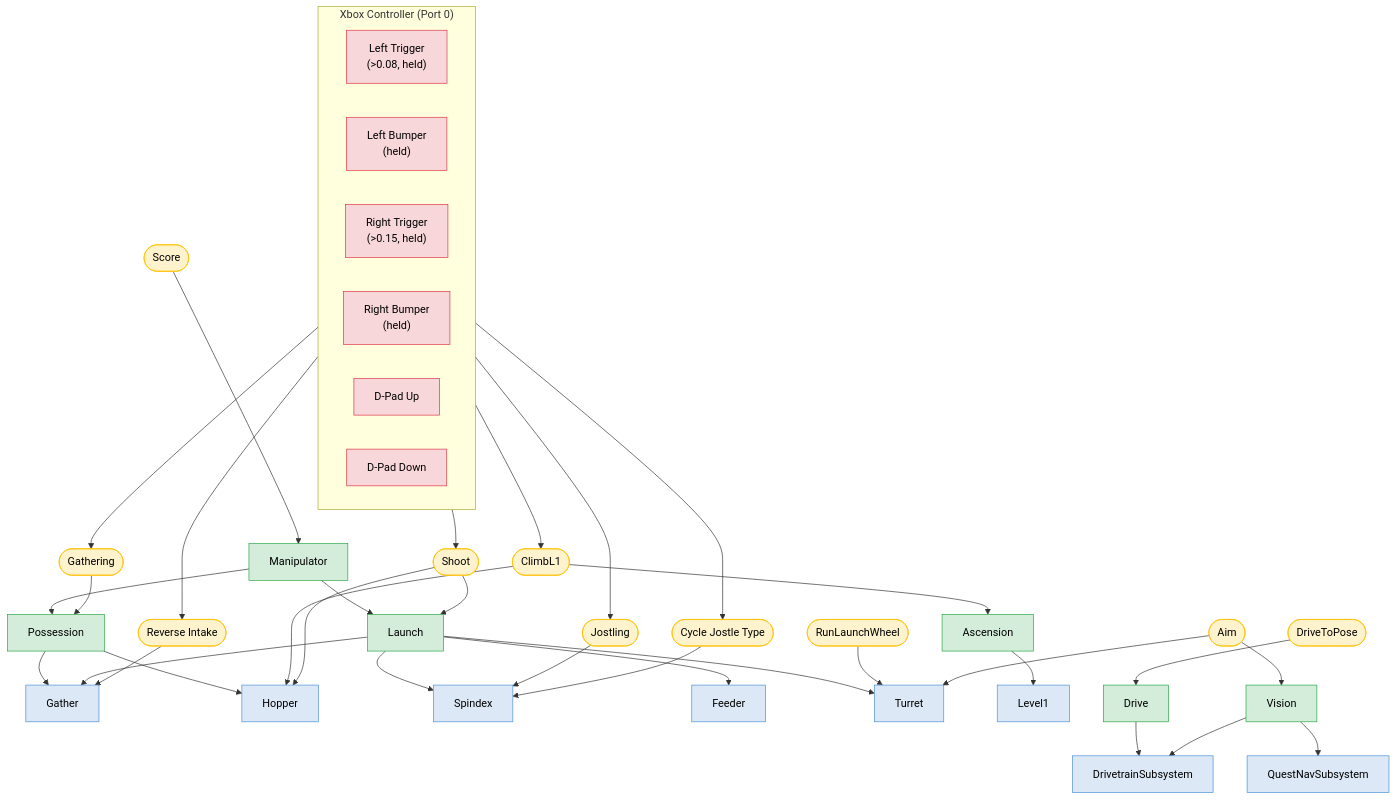
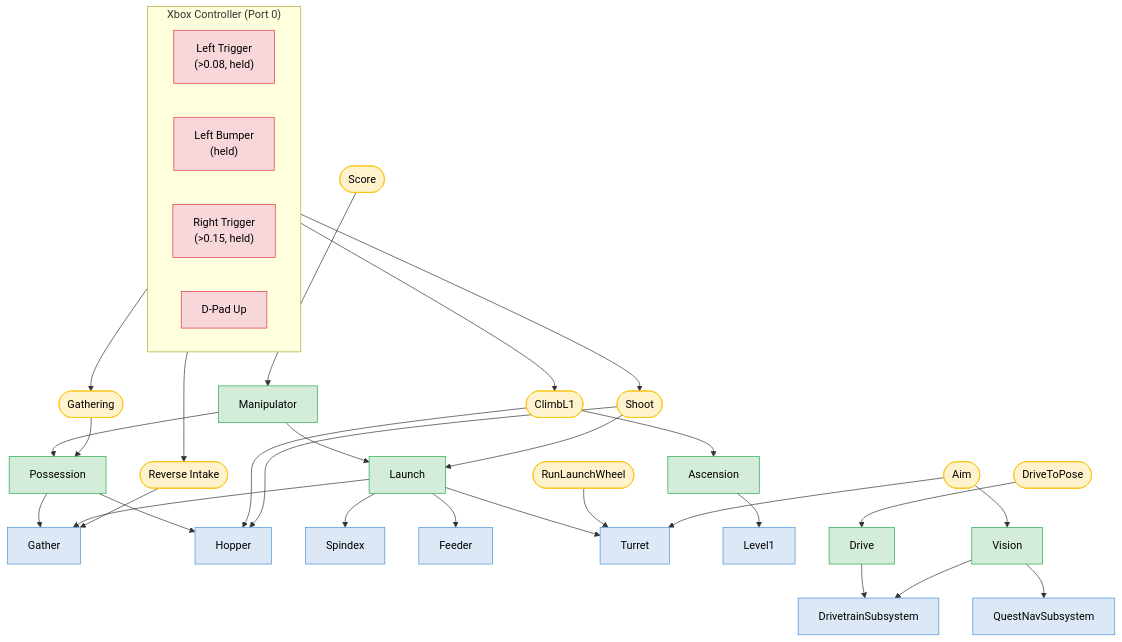
Before and after one commit to Team801Horsepower/robot-code-2026: the diagram in hierarchy.mmd, drawn with Mermaid. The commit also changed 8 other files, not shown here.

```diff
--- a/hierarchy.mmd
+++ b/hierarchy.mmd
@@ -1,90 +1,82 @@
 %%{init: {"theme": "default"}}%%
 graph TD
 
   subgraph Ctrl ["Xbox Controller (Port 0)"]
     direction LR
     LT["Left Trigger\n(>0.08, held)"]
     LB["Left Bumper\n(held)"]
     RT["Right Trigger\n(>0.15, held)"]
-    RB["Right Bumper\n(held)"]
     DPU["D-Pad Up"]
-    DPD["D-Pad Down"]
   end
 
   %% ── Leaf Subsystems ───────────────────────────────────────────
   DT[DrivetrainSubsystem]
   QN[QuestNavSubsystem]
   Gather[Gather]
   Hopper[Hopper]
   Spindex[Spindex]
   Feeder[Feeder]
   Turret[Turret]
   Level1[Level1]
 
   %% ── Composite Subsystems ──────────────────────────────────────
   Drive[Drive]
   Possession[Possession]
   Launch[Launch]
   Ascension[Ascension]
   Manipulator[Manipulator]
   Vision[Vision]
 
   %% ── Commands ──────────────────────────────────────────────────
   DriveToPose([DriveToPose])
   RunLaunchWheel([RunLaunchWheel])
   ClimbL1Cmd([ClimbL1])
   Gathering([Gathering])
   Shoot([Shoot])
-  Jostling([Jostling])
   AimCmd([Aim])
   Score([Score])
   ReverseIntake([Reverse Intake])
-  CycleJostle([Cycle Jostle Type])
 
   %% ── Button → Command ──────────────────────────────────────────
   LT --> Gathering
   LB --> ReverseIntake
   RT --> Shoot
-  RB --> Jostling
   DPU --> ClimbL1Cmd
-  DPD --> CycleJostle
 
   %% ── Composite → Leaf composition ─────────────────────────────
   Drive --> DT
   Vision --> QN
   Vision --> DT
   Possession --> Hopper
   Possession --> Gather
   Launch --> Spindex
   Launch --> Feeder
   Launch --> Turret
   Launch --> Gather
   Ascension --> Level1
   Manipulator --> Possession
   Manipulator --> Launch
 
   %% ── Commands → Subsystem requirements ────────────────────────
   DriveToPose --> Drive
   RunLaunchWheel --> Turret
   ClimbL1Cmd --> Hopper
   ClimbL1Cmd --> Ascension
   Gathering --> Possession
   Shoot --> Launch
   Shoot --> Hopper
-  Jostling --> Spindex
   AimCmd --> Vision
   AimCmd --> Turret
   Score --> Manipulator
   ReverseIntake --> Gather
-  CycleJostle --> Spindex
 
   %% ── Styling ───────────────────────────────────────────────────
   classDef leaf      fill:#dce8f5,stroke:#4a90d9,color:#000;
   classDef composite fill:#d4edda,stroke:#28a745,color:#000;
   classDef command   fill:#fff3cd,stroke:#ffc107,color:#000;
   classDef button    fill:#f8d7da,stroke:#dc3545,color:#000;
 
   class DT,QN,Gather,Hopper,Spindex,Feeder,Turret,Level1 leaf;
   class Drive,Possession,Launch,Ascension,Manipulator,Vision composite;
-  class DriveToPose,RunLaunchWheel,ClimbL1Cmd,Gathering,Shoot,Jostling,AimCmd,Score,ReverseIntake,CycleJostle command;
-  class LT,LB,RT,RB,DPU,DPD button;
+  class DriveToPose,RunLaunchWheel,ClimbL1Cmd,Gathering,Shoot,AimCmd,Score,ReverseIntake command;
+  class LT,LB,RT,DPU button;
```
